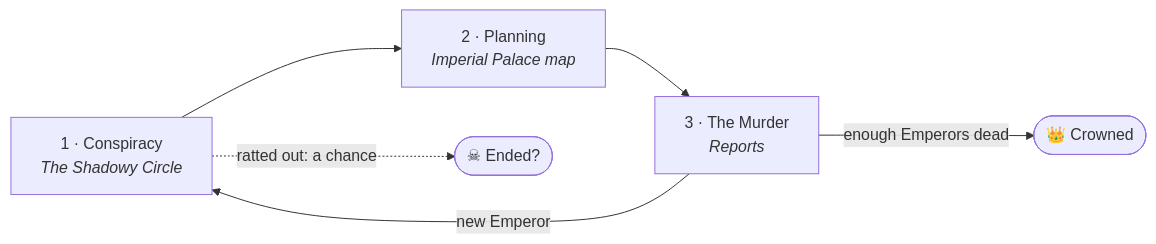
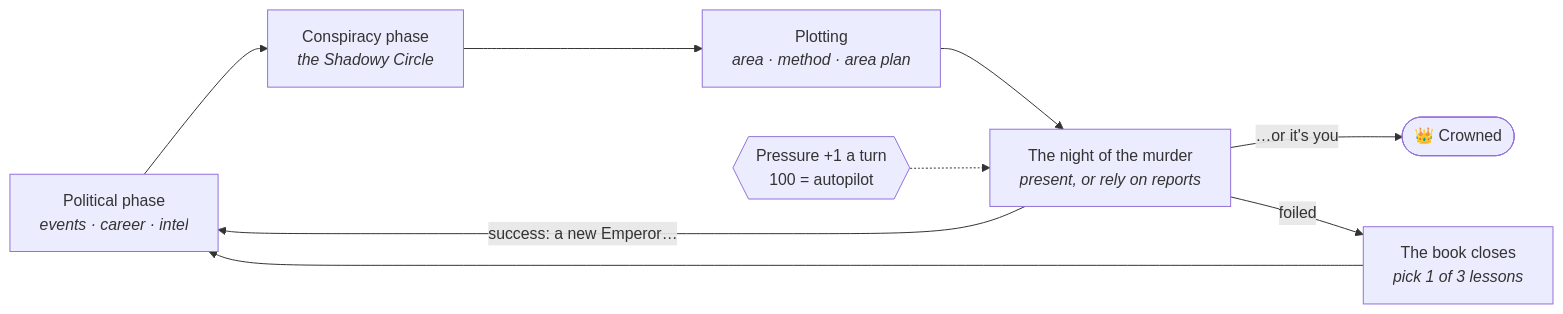
One commit to executetheemperor-wq/ExecuteTheEmperor changed the diagram in README.md. Above: the diagram before and after it, drawn with Mermaid. The commit also changed other lines of this file and 25 other files, not shown here.

````diff
--- a/README.md
+++ b/README.md
@@ -26,8 +18,11 @@
 ```mermaid
 flowchart LR
-    C["1 · Conspiracy<br/><i>The Shadowy Circle</i>"] --> P["2 · Planning<br/><i>Imperial Palace map</i>"]
-    P --> M["3 · The Murder<br/><i>Reports</i>"]
-    M -->|new Emperor| C
-    M -->|enough Emperors dead| W(["👑 Crowned"])
-    C -.->|"ratted out: a chance"| L(["☠ Ended?"])
+    POL["Political phase<br/><i>events · career · intel</i>"] --> CON["Conspiracy phase<br/><i>the Shadowy Circle</i>"]
+    CON --> PLAN["Plotting<br/><i>area · method · area plan</i>"]
+    PLAN --> NIGHT["The night of the murder<br/><i>present, or rely on reports</i>"]
+    NIGHT -->|"success: a new Emperor…"| POL
+    NIGHT -->|"…or it's you"| CROWN(["👑 Crowned"])
+    NIGHT -->|foiled| BOOK["The book closes<br/><i>pick 1 of 3 lessons</i>"]
+    BOOK --> POL
+    PRESS{{"Pressure +1 a turn<br/>100 = autopilot"}} -.-> NIGHT
 ```
````
